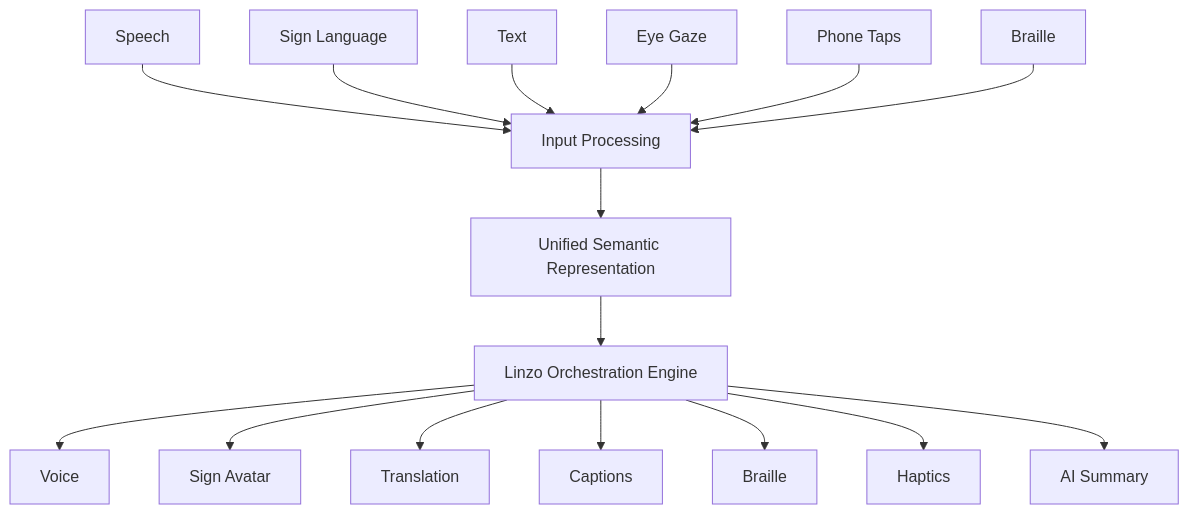
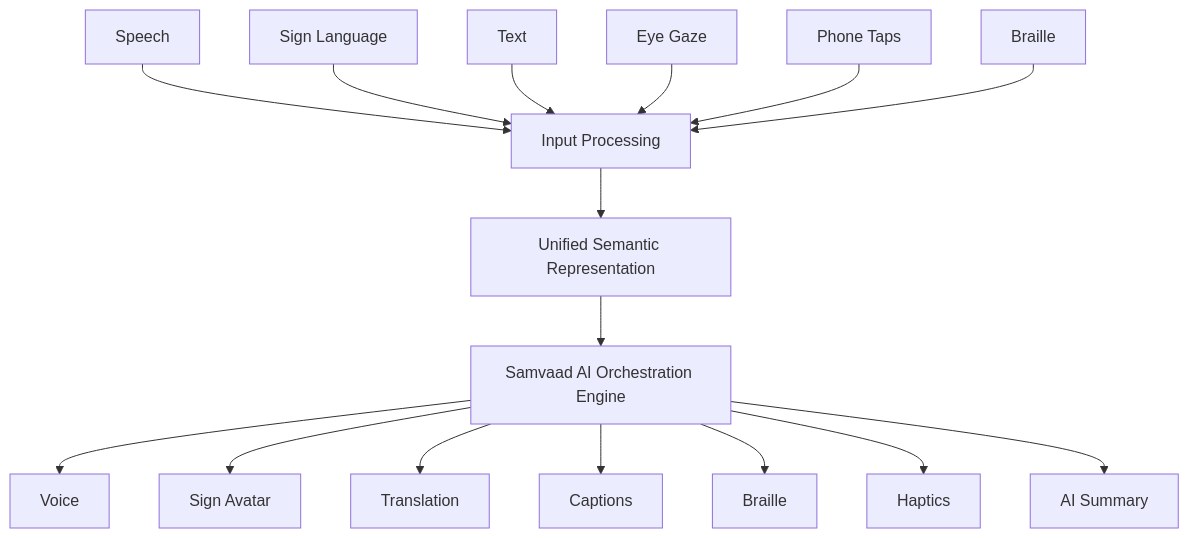
One commit to rahulsonkusare-26/KH133-Linzo changed the second of 3 diagrams in README.md. Above: the diagram before and after it, drawn with Mermaid. The commit also changed other lines of this file and 25 other files, not shown here.

````diff
--- a/README.md
+++ b/README.md
@@ -2097,47 +2097,47 @@
 ```mermaid
 flowchart TD
 
 A[Speech]
 
 B[Sign Language]
 
 C[Text]
 
 D[Eye Gaze]
 
 E[Phone Taps]
 
 F[Braille]
 
 A --> G
 
 B --> G
 
 C --> G
 
 D --> G
 
 E --> G
 
 F --> G
 
 G[Input Processing]
 
 G --> H[Unified Semantic Representation]
 
-H --> I[Linzo Orchestration Engine]
+H --> I[Samvaad AI Orchestration Engine]
 
 I --> J[Voice]
 
 I --> K[Sign Avatar]
 
 I --> L[Translation]
 
 I --> M[Captions]
 
 I --> N[Braille]
 
 I --> O[Haptics]
 
 I --> P[AI Summary]
 ```
````
